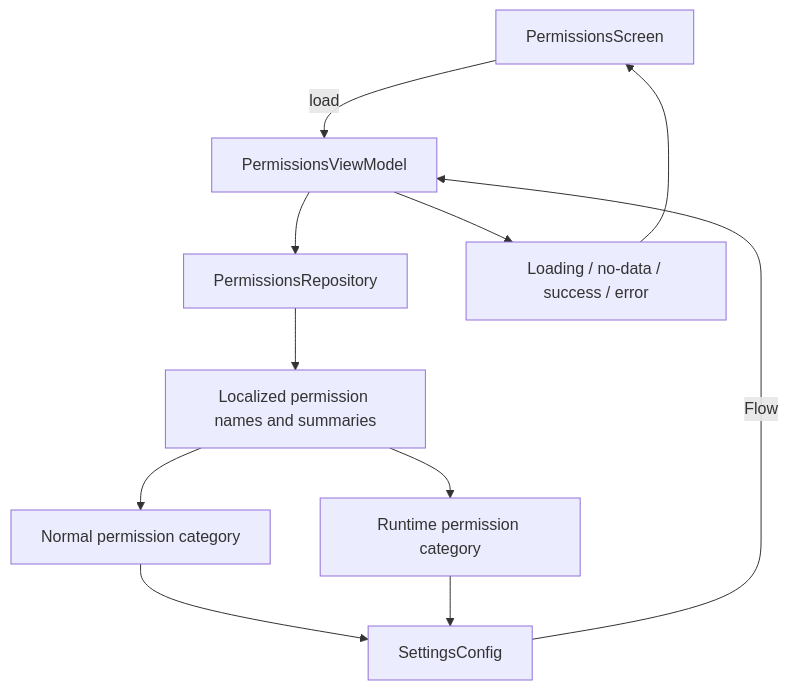
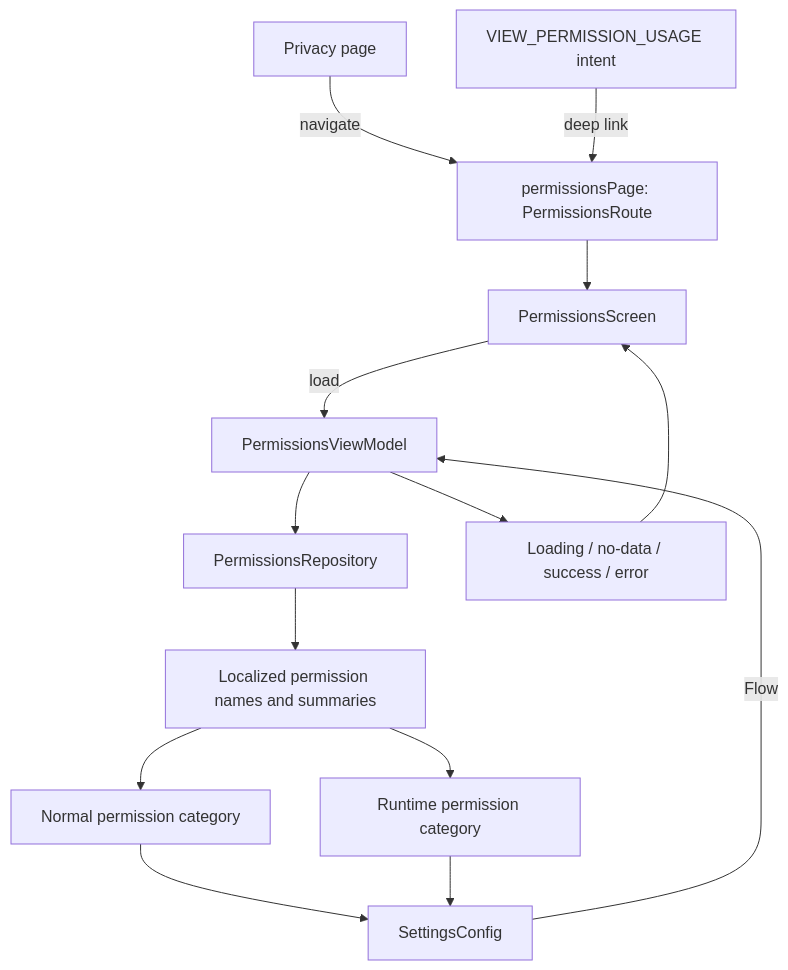
One commit to MihaiCristianCondrea/App-Toolkit-for-Android changed the diagram in library/feature/permissions/README.md. Above: the diagram before and after it, drawn with Mermaid. The commit also changed other lines of this file and 84 other files, not shown here.

````diff
--- a/library/feature/permissions/README.md
+++ b/library/feature/permissions/README.md
@@ -35,13 +60,16 @@
 ```mermaid
 flowchart TD
-    Screen[PermissionsScreen] -->|load| VM[PermissionsViewModel]
+    Privacy[Privacy page] -->|navigate| Page[permissionsPage: PermissionsRoute]
+    System[VIEW_PERMISSION_USAGE intent] -->|deep link| Page
+    Page --> Screen[PermissionsScreen]
+    Screen -->|load| VM[PermissionsViewModel]
     VM --> Repo[PermissionsRepository]
     Repo --> Resources[Localized permission names and summaries]
     Resources --> Normal[Normal permission category]
     Resources --> Runtime[Runtime permission category]
     Normal --> Config[SettingsConfig]
     Runtime --> Config
     Config -->|Flow| VM
     VM --> State[Loading / no-data / success / error]
     State --> Screen
 ```
````
